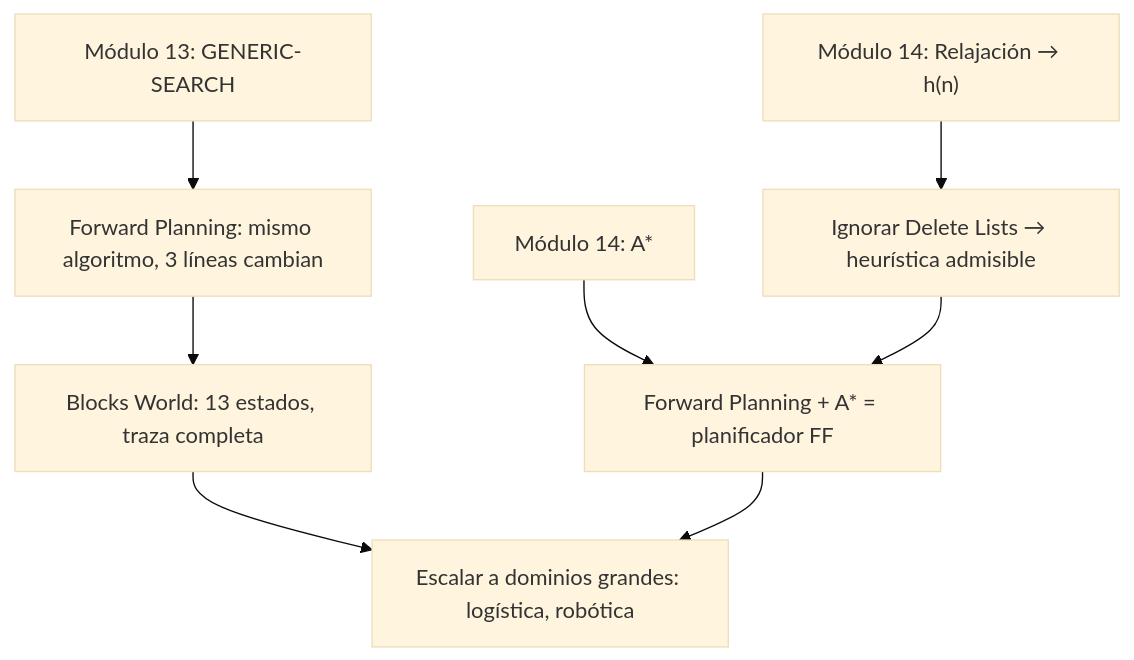
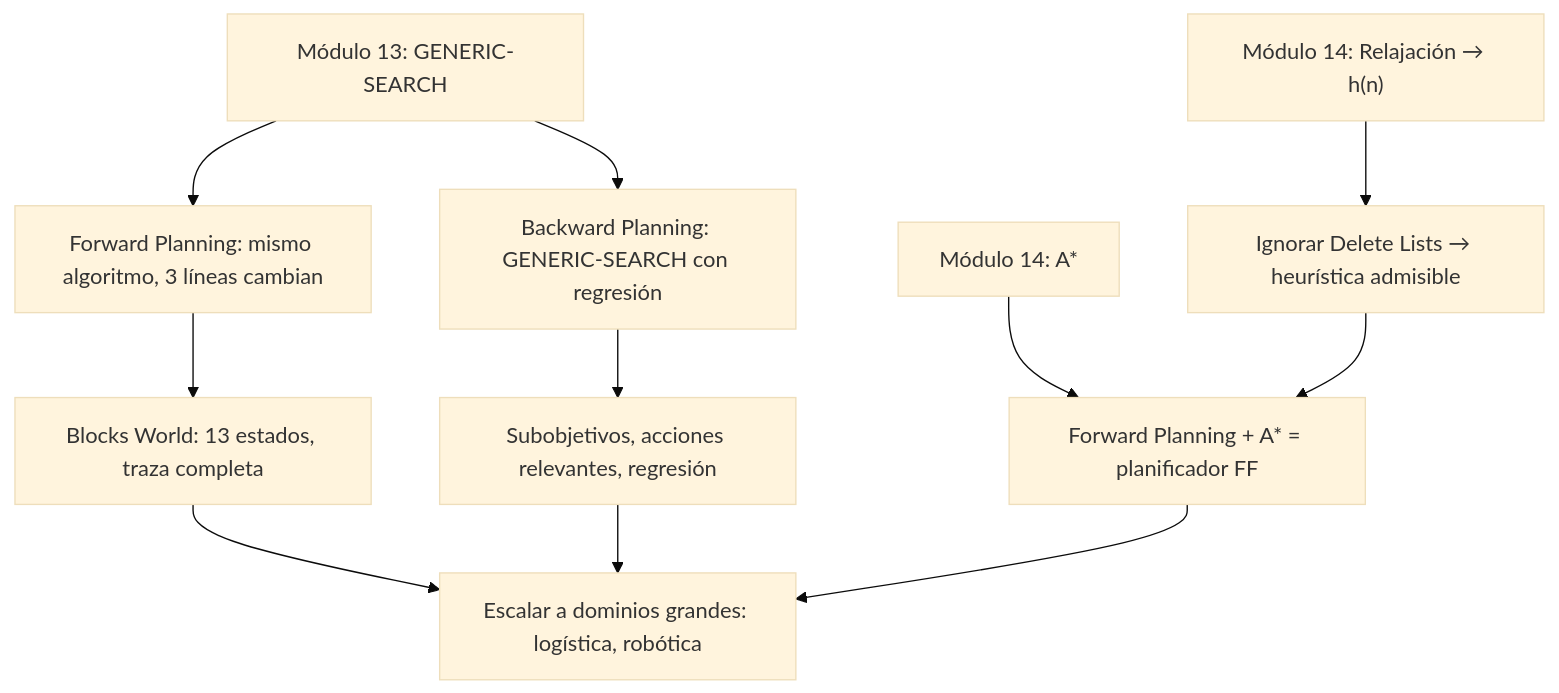
One commit to Thegr8pablo-tg/ia_p26 changed the diagram in clase/16_planificacion_clasica/00_index.md. Above: the diagram before and after it, drawn with Mermaid (base theme). The commit also changed other lines of this file and 8 other files, not shown here.

````diff
--- a/clase/16_planificacion_clasica/00_index.md
+++ b/clase/16_planificacion_clasica/00_index.md
@@ -70,10 +74,13 @@
 ```mermaid
 graph TD
     A["Módulo 13: GENERIC-SEARCH"] --> B["Forward Planning: mismo algoritmo, 3 líneas cambian"]
+    A --> I["Backward Planning: GENERIC-SEARCH con regresión"]
     C["Módulo 14: Relajación → h(n)"] --> D["Ignorar Delete Lists → heurística admisible"]
     E["Módulo 14: A*"] --> F["Forward Planning + A* = planificador FF"]
     B --> G["Blocks World: 13 estados, traza completa"]
+    I --> J["Subobjetivos, acciones relevantes, regresión"]
     D --> F
     G --> H["Escalar a dominios grandes: logística, robótica"]
+    J --> H
     F --> H
 ```
````
